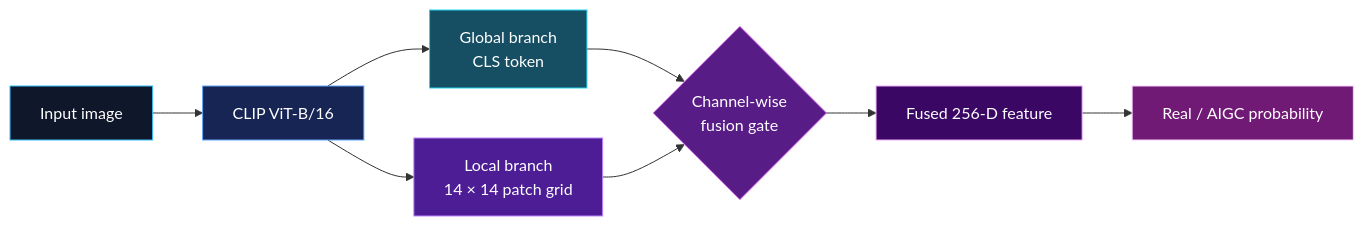
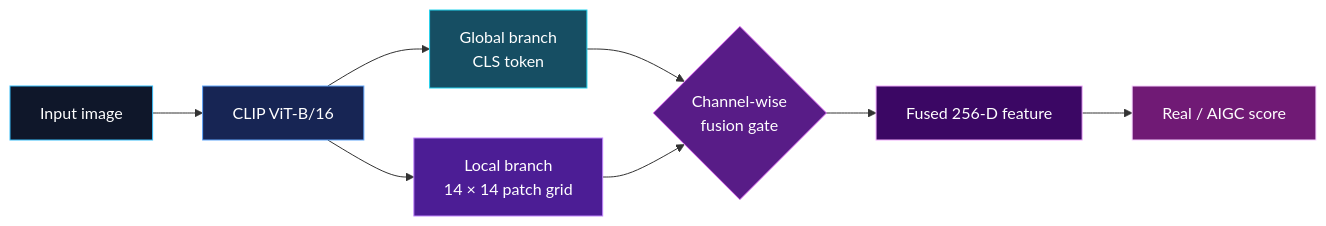
One commit to liuqianhuialice/GLowCLIP changed the diagram in README.md. Above: the diagram before and after it, drawn with Mermaid. The commit also changed other lines of this file, not shown here.

````diff
--- a/README.md
+++ b/README.md
@@ -82,18 +200,18 @@
 ```mermaid
 flowchart LR
     I[Input image] --> C[CLIP ViT-B/16]
     C --> G[Global branch<br/>CLS token]
     C --> L[Local branch<br/>14 × 14 patch grid]
     G --> W{Channel-wise<br/>fusion gate}
     L --> W
     W --> F[Fused 256-D feature]
-    F --> P[Real / AIGC probability]
+    F --> P[Real / AIGC score]
 
     style I fill:#0f172a,stroke:#38bdf8,color:#fff
     style C fill:#172554,stroke:#60a5fa,color:#fff
     style G fill:#164e63,stroke:#22d3ee,color:#fff
     style L fill:#4c1d95,stroke:#c084fc,color:#fff
     style W fill:#581c87,stroke:#e879f9,color:#fff
     style F fill:#3b0764,stroke:#f0abfc,color:#fff
     style P fill:#701a75,stroke:#f5d0fe,color:#fff
 ```
````
